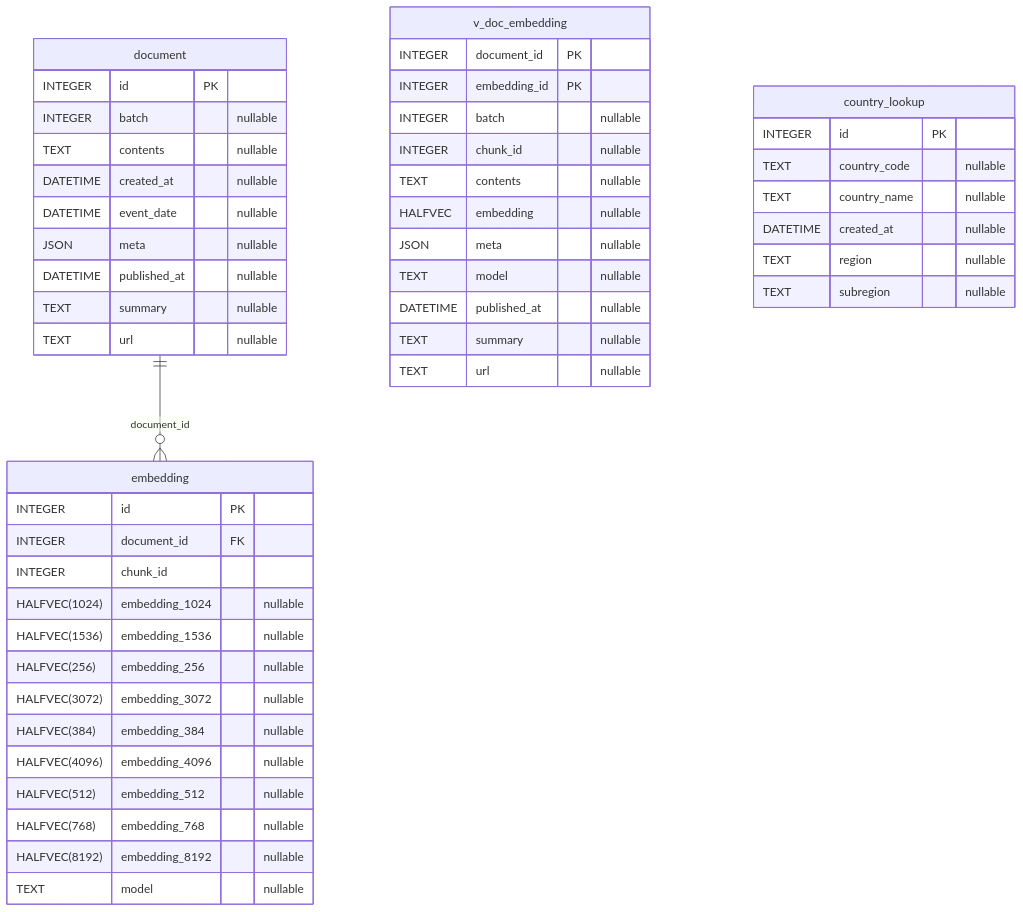
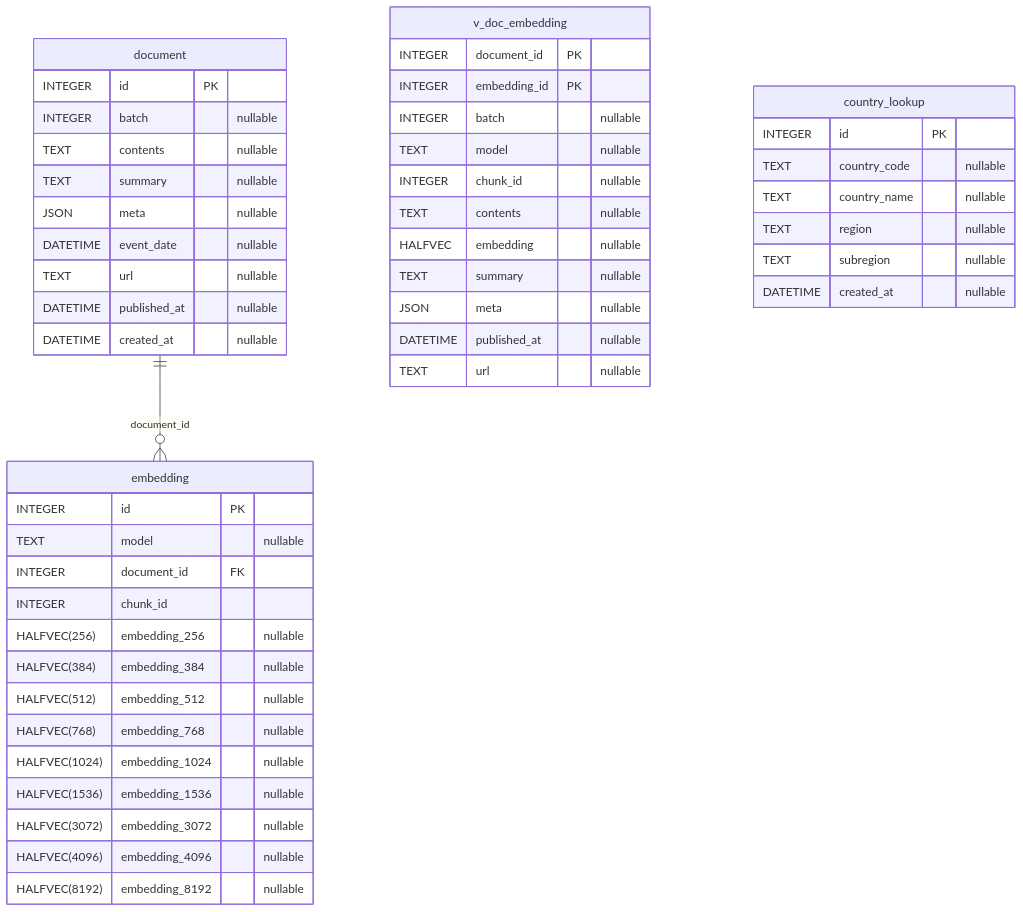
The second of 2 diagrams in README.md (adintegra/rag-for-disease-outbreaks), drawn with Mermaid before and after one commit. The commit also changed other lines of this file, not shown here.

Commit message:
docs: Updated ER diagram

````diff
--- a/README.md
+++ b/README.md
@@ -99,56 +100,56 @@
 ```mermaid
 erDiagram
   document {
     INTEGER id PK
     INTEGER batch "nullable"
     TEXT contents "nullable"
+    TEXT summary "nullable"
+    JSON meta "nullable"
+    DATETIME event_date "nullable"
+    TEXT url "nullable"
+    DATETIME published_at "nullable"
     DATETIME created_at "nullable"
-    DATETIME event_date "nullable"
-    JSON meta "nullable"
-    DATETIME published_at "nullable"
-    TEXT summary "nullable"
-    TEXT url "nullable"
   }
 
   embedding {
     INTEGER id PK
+    TEXT model "nullable"
     INTEGER document_id FK
     INTEGER chunk_id
+    HALFVEC(256) embedding_256 "nullable"
+    HALFVEC(384) embedding_384 "nullable"
+    HALFVEC(512) embedding_512 "nullable"
+    HALFVEC(768) embedding_768 "nullable"
     HALFVEC(1024) embedding_1024 "nullable"
     HALFVEC(1536) embedding_1536 "nullable"
-    HALFVEC(256) embedding_256 "nullable"
     HALFVEC(3072) embedding_3072 "nullable"
-    HALFVEC(384) embedding_384 "nullable"
     HALFVEC(4096) embedding_4096 "nullable"
-    HALFVEC(512) embedding_512 "nullable"
-    HALFVEC(768) embedding_768 "nullable"
     HALFVEC(8192) embedding_8192 "nullable"
-    TEXT model "nullable"
   }
 
   v_doc_embedding {
     INTEGER document_id PK
     INTEGER embedding_id PK
     INTEGER batch "nullable"
+    TEXT model "nullable"
     INTEGER chunk_id "nullable"
     TEXT contents "nullable"
     HALFVEC embedding "nullable"
+    TEXT summary "nullable"
     JSON meta "nullable"
-    TEXT model "nullable"
     DATETIME published_at "nullable"
-    TEXT summary "nullable"
     TEXT url "nullable"
   }
 
   country_lookup {
     INTEGER id PK
     TEXT country_code "nullable"
     TEXT country_name "nullable"
-    DATETIME created_at "nullable"
     TEXT region "nullable"
     TEXT subregion "nullable"
+    DATETIME created_at "nullable"
   }
 
   document ||--o{ embedding : document_id
 
 ```
````
